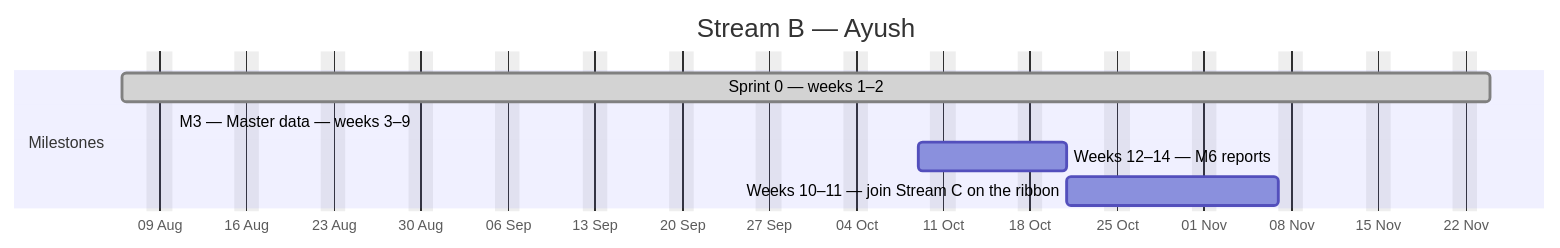
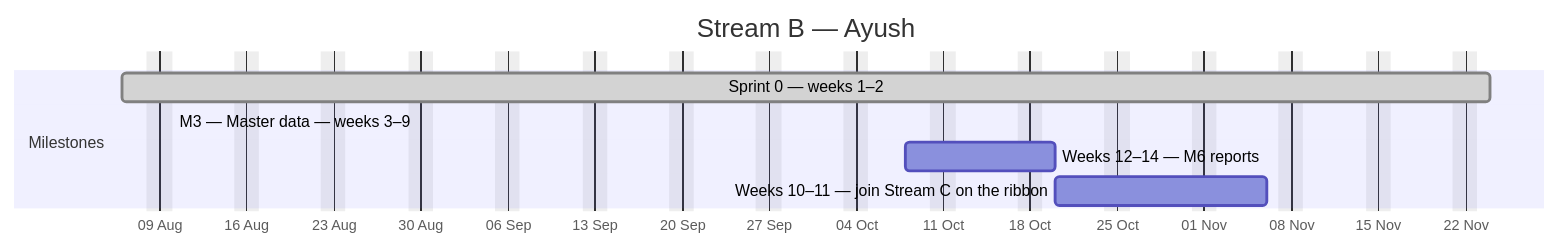
One commit to debashisedunext/EduTrack changed the second of 4 diagrams in docs/plan/GANTT.md. Above: the diagram before and after it, drawn with Mermaid. The commit also changed other lines of this file and 3 other files, not shown here.

````diff
--- a/docs/plan/GANTT.md
+++ b/docs/plan/GANTT.md
@@ -145,12 +145,12 @@
 ```mermaid
 gantt
     dateFormat YYYY-MM-DD
     axisFormat %d %b
     title Stream B — Ayush
     excludes weekends
     section Milestones
     Sprint 0 — weeks 1–2 :done, b0, 2026-08-06, 78d
-    M3 — Master data — weeks 3–9 :active, b1, 2026-08-10, -15d
-    Weeks 12–14 — M6 reports :b2, 2026-10-09, 8d
-    Weeks 10–11 — join Stream C on the ribbon :b3, 2026-10-21, 13d
+    M3 — Master data — weeks 3–9 :active, b1, 2026-08-10, -16d
+    Weeks 12–14 — M6 reports :b2, 2026-10-08, 8d
+    Weeks 10–11 — join Stream C on the ribbon :b3, 2026-10-20, 13d
 ```
````
